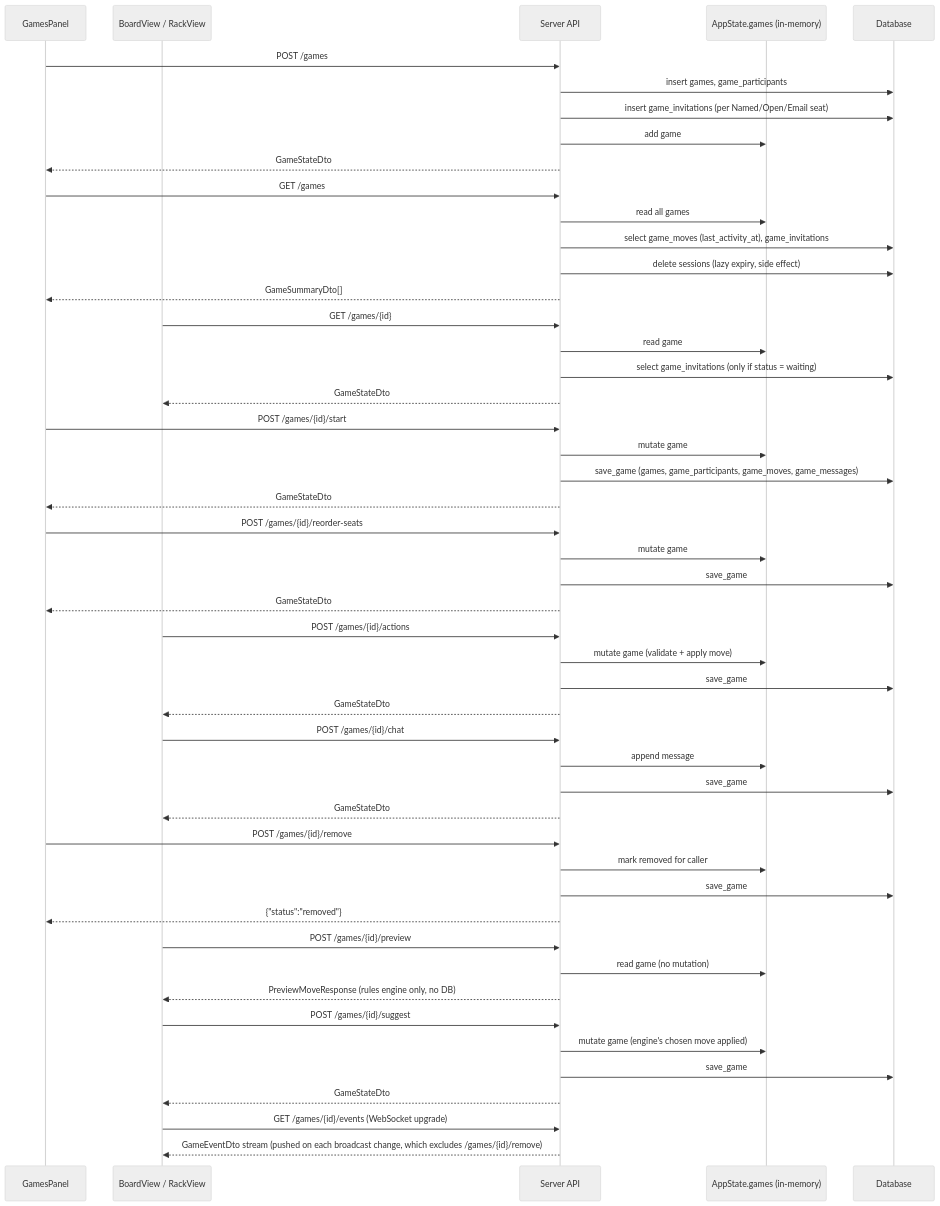
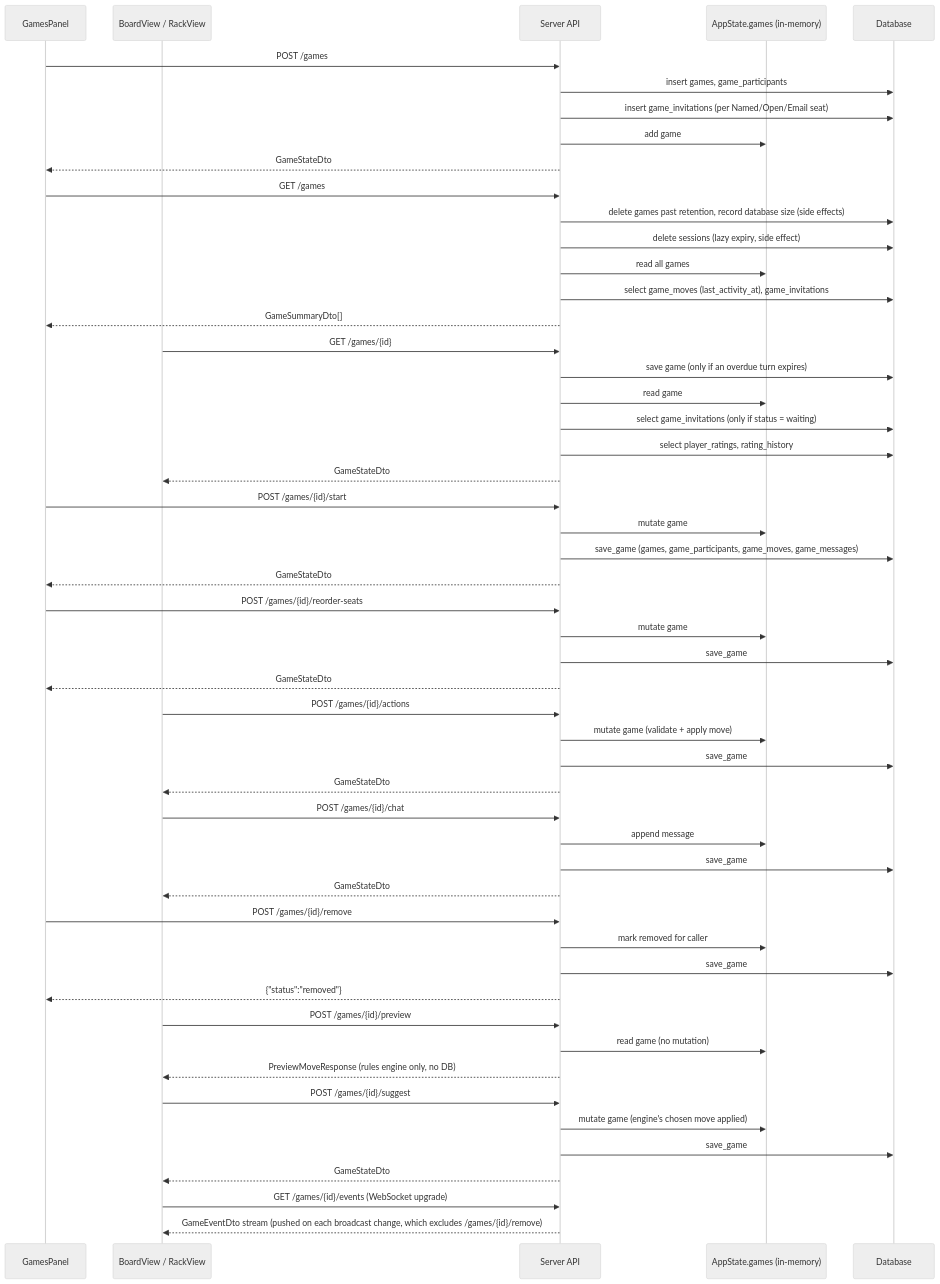
Before and after one commit to delphside/tile-lite-elite: the sixth of 9 diagrams in docs/4.4.3-api-schema.md, drawn with Mermaid (neutral theme). The commit also changed other lines of this file and 4 other files, not shown here.

````diff
--- a/docs/4.4.3-api-schema.md
+++ b/docs/4.4.3-api-schema.md
@@ -983,62 +994,65 @@
 ```mermaid
 sequenceDiagram
     participant Games as GamesPanel
     participant Board as BoardView / RackView
     participant API as Server API
     participant Mem as AppState.games (in-memory)
     participant DB as Database
 
     Games->>API: POST /games
     API->>DB: insert games, game_participants
     API->>DB: insert game_invitations (per Named/Open/Email seat)
     API->>Mem: add game
     API-->>Games: GameStateDto
 
     Games->>API: GET /games
+    API->>DB: delete games past retention, record database size (side effects)
+    API->>DB: delete sessions (lazy expiry, side effect)
     API->>Mem: read all games
     API->>DB: select game_moves (last_activity_at), game_invitations
-    API->>DB: delete sessions (lazy expiry, side effect)
     API-->>Games: GameSummaryDto[]
 
     Board->>API: GET /games/{id}
+    API->>DB: save game (only if an overdue turn expires)
     API->>Mem: read game
     API->>DB: select game_invitations (only if status = waiting)
+    API->>DB: select player_ratings, rating_history
     API-->>Board: GameStateDto
 
     Games->>API: POST /games/{id}/start
     API->>Mem: mutate game
     API->>DB: save_game (games, game_participants, game_moves, game_messages)
     API-->>Games: GameStateDto
 
     Games->>API: POST /games/{id}/reorder-seats
     API->>Mem: mutate game
     API->>DB: save_game
     API-->>Games: GameStateDto
 
     Board->>API: POST /games/{id}/actions
     API->>Mem: mutate game (validate + apply move)
     API->>DB: save_game
     API-->>Board: GameStateDto
 
     Board->>API: POST /games/{id}/chat
     API->>Mem: append message
     API->>DB: save_game
     API-->>Board: GameStateDto
 
     Games->>API: POST /games/{id}/remove
     API->>Mem: mark removed for caller
     API->>DB: save_game
     API-->>Games: {"status":"removed"}
 
     Board->>API: POST /games/{id}/preview
     API->>Mem: read game (no mutation)
     API-->>Board: PreviewMoveResponse (rules engine only, no DB)
 
     Board->>API: POST /games/{id}/suggest
     API->>Mem: mutate game (engine's chosen move applied)
     API->>DB: save_game
     API-->>Board: GameStateDto
 
     Board->>API: GET /games/{id}/events (WebSocket upgrade)
     API-->>Board: GameEventDto stream (pushed on each broadcast change, which excludes /games/{id}/remove)
 ```
````
